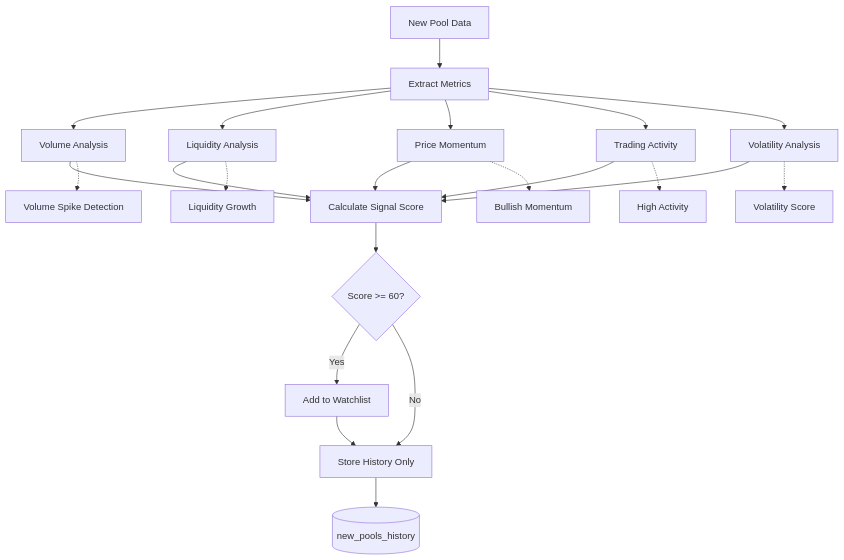
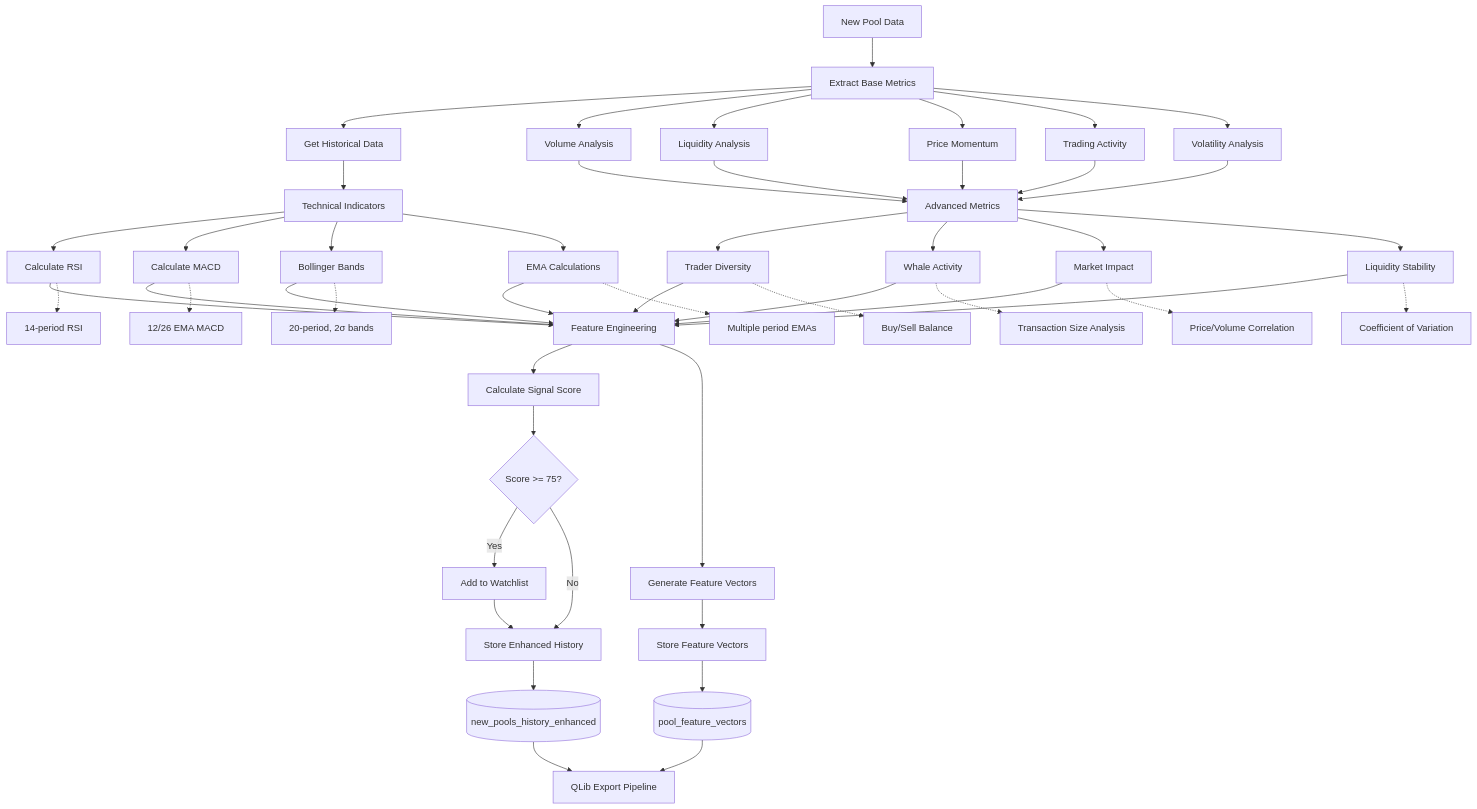
The fourth of 7 diagrams in specs/v4/SYSTEM_ARCHITECTURE_DIAGRAM.md (snogcel/geckoterminal_collector), drawn with Mermaid before and after one commit. The commit also changed other lines of this file and 2 other files, not shown here.

````diff
--- a/specs/v4/SYSTEM_ARCHITECTURE_DIAGRAM.md
+++ b/specs/v4/SYSTEM_ARCHITECTURE_DIAGRAM.md
@@ -105,29 +266,65 @@
 ```mermaid
 flowchart TD
-    START[New Pool Data] --> EXTRACT[Extract Metrics]
+    START[New Pool Data] --> EXTRACT[Extract Base Metrics]
+    EXTRACT --> HISTORICAL[Get Historical Data]
+    HISTORICAL --> TECHNICAL[Technical Indicators]
+    
+    TECHNICAL --> RSI[Calculate RSI]
+    TECHNICAL --> MACD[Calculate MACD]
+    TECHNICAL --> BOLLINGER[Bollinger Bands]
+    TECHNICAL --> EMA[EMA Calculations]
+    
+    RSI --> FEATURES[Feature Engineering]
+    MACD --> FEATURES
+    BOLLINGER --> FEATURES
+    EMA --> FEATURES
+    
     EXTRACT --> VOLUME[Volume Analysis]
     EXTRACT --> LIQUIDITY[Liquidity Analysis]
     EXTRACT --> MOMENTUM[Price Momentum]
     EXTRACT --> ACTIVITY[Trading Activity]
     EXTRACT --> VOLATILITY[Volatility Analysis]
     
-    VOLUME --> SCORE[Calculate Signal Score]
-    LIQUIDITY --> SCORE
-    MOMENTUM --> SCORE
-    ACTIVITY --> SCORE
-    VOLATILITY --> SCORE
+    VOLUME --> ADVANCED[Advanced Metrics]
+    LIQUIDITY --> ADVANCED
+    MOMENTUM --> ADVANCED
+    ACTIVITY --> ADVANCED
+    VOLATILITY --> ADVANCED
     
-    SCORE --> THRESHOLD{Score >= 60?}
+    ADVANCED --> TRADER_DIV[Trader Diversity]
+    ADVANCED --> WHALE_ACT[Whale Activity]
+    ADVANCED --> MARKET_IMP[Market Impact]
+    ADVANCED --> LIQ_STAB[Liquidity Stability]
+    
+    TRADER_DIV --> FEATURES
+    WHALE_ACT --> FEATURES
+    MARKET_IMP --> FEATURES
+    LIQ_STAB --> FEATURES
+    
+    FEATURES --> SCORE[Calculate Signal Score]
+    FEATURES --> VECTORS[Generate Feature Vectors]
+    
+    SCORE --> THRESHOLD{Score >= 75?}
     THRESHOLD -->|Yes| WATCHLIST[Add to Watchlist]
-    THRESHOLD -->|No| STORE[Store History Only]
+    THRESHOLD -->|No| STORE[Store Enhanced History]
     WATCHLIST --> STORE
     
-    STORE --> HISTORY[(new_pools_history)]
+    VECTORS --> STORE_FV[Store Feature Vectors]
+    STORE --> ENHANCED_HISTORY[(new_pools_history_enhanced)]
+    STORE_FV --> FEATURE_VECTORS[(pool_feature_vectors)]
     
-    %% Signal Components
-    VOLUME -.-> V_SPIKE[Volume Spike Detection]
-    LIQUIDITY -.-> L_GROWTH[Liquidity Growth]
-    MOMENTUM -.-> M_BULL[Bullish Momentum]
-    ACTIVITY -.-> A_HIGH[High Activity]
-    VOLATILITY -.-> V_STABLE[Volatility Score]
+    ENHANCED_HISTORY --> QLIB_EXPORT[QLib Export Pipeline]
+    FEATURE_VECTORS --> QLIB_EXPORT
+    
+    %% Technical Indicator Details
+    RSI -.-> RSI_14[14-period RSI]
+    MACD -.-> MACD_12_26[12/26 EMA MACD]
+    BOLLINGER -.-> BB_20_2[20-period, 2σ bands]
+    EMA -.-> EMA_MULTI[Multiple period EMAs]
+    
+    %% Advanced Metrics Details
+    TRADER_DIV -.-> TD_CALC[Buy/Sell Balance]
+    WHALE_ACT -.-> WA_CALC[Transaction Size Analysis]
+    MARKET_IMP -.-> MI_CALC[Price/Volume Correlation]
+    LIQ_STAB -.-> LS_CALC[Coefficient of Variation]
 ```
````
